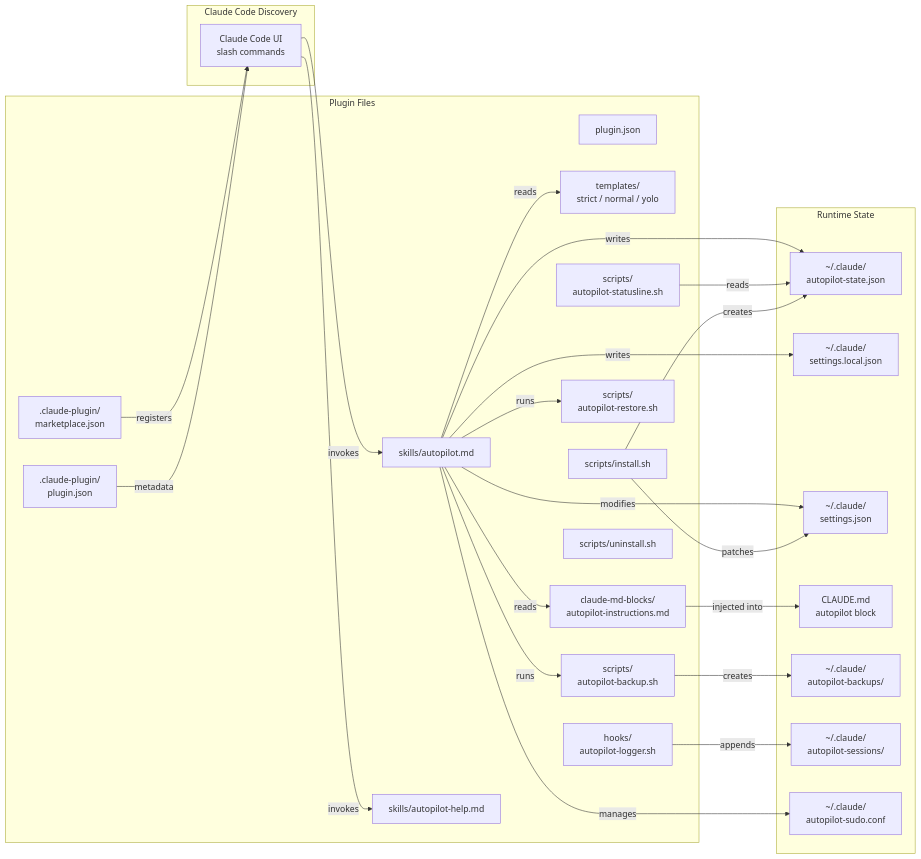
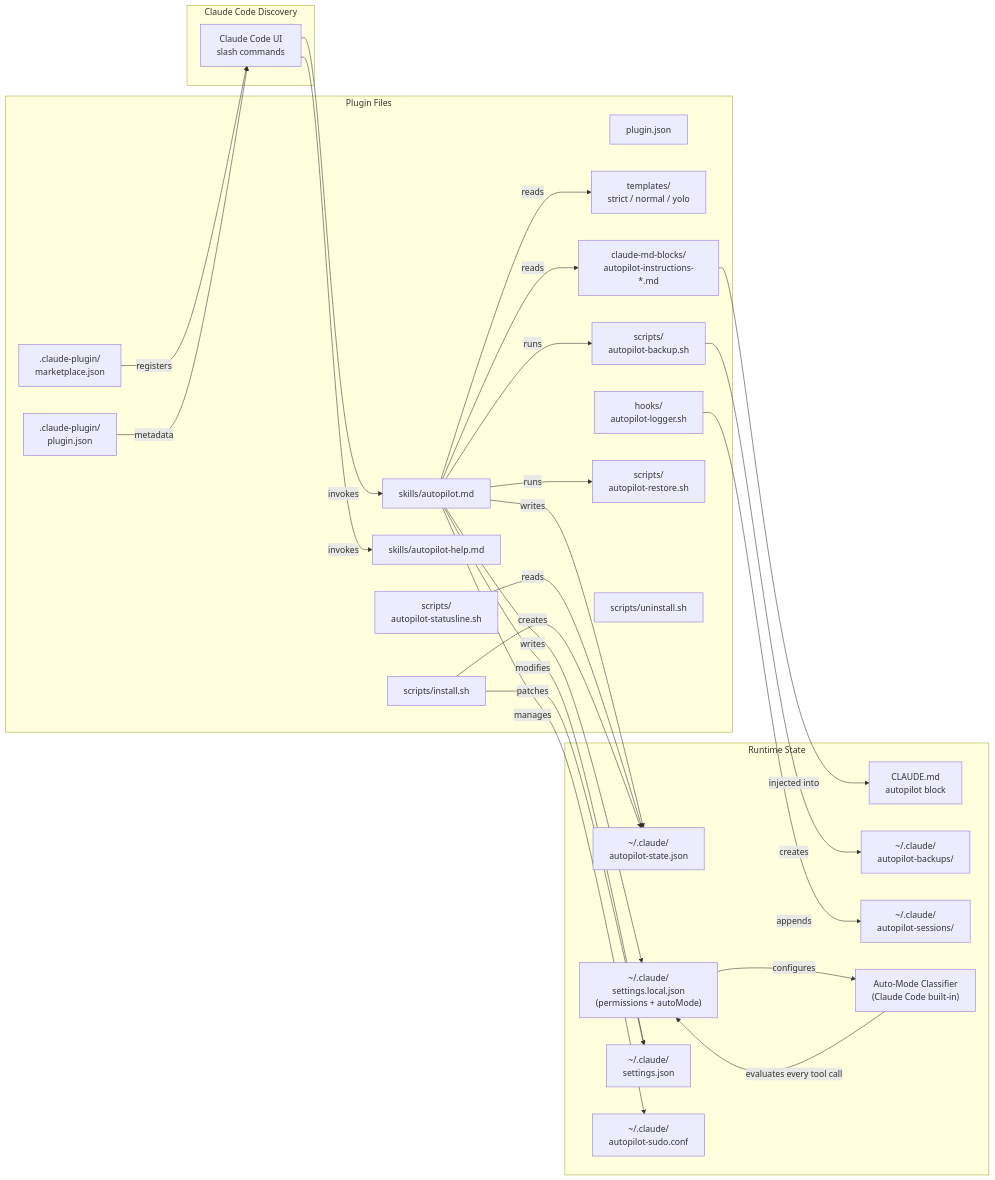
Before and after one commit to devjyoti786/autopilot-plugin: the second of 2 diagrams in README.md, drawn with Mermaid. The commit also changed other lines of this file, not shown here.

Commit message:
docs: update flowchart + safety table + add Auto-Mode Classifier section + arch diagram

````diff
--- a/README.md
+++ b/README.md
@@ -273,51 +342,54 @@
 ```mermaid
 graph LR
     subgraph Plugin["Plugin Files"]
         MP[".claude-plugin/<br/>marketplace.json"]
         MPJ[".claude-plugin/<br/>plugin.json"]
         PJ["plugin.json"]
         SK["skills/autopilot.md"]
         SH["skills/autopilot-help.md"]
         TM["templates/<br/>strict / normal / yolo"]
-        CB["claude-md-blocks/<br/>autopilot-instructions.md"]
+        CB["claude-md-blocks/<br/>autopilot-instructions-*.md"]
         LG["hooks/<br/>autopilot-logger.sh"]
         BK["scripts/<br/>autopilot-backup.sh"]
         RS["scripts/<br/>autopilot-restore.sh"]
         SL["scripts/<br/>autopilot-statusline.sh"]
         IN["scripts/install.sh"]
         UN["scripts/uninstall.sh"]
     end
 
     subgraph Discovery["Claude Code Discovery"]
         CC["Claude Code UI<br/>slash commands"]
     end
 
     subgraph Runtime["Runtime State"]
         ST["~/.claude/<br/>autopilot-state.json"]
-        SLC["~/.claude/<br/>settings.local.json"]
+        SLC["~/.claude/<br/>settings.local.json<br/>(permissions + autoMode)"]
         SJ["~/.claude/<br/>settings.json"]
         CMD["CLAUDE.md<br/>autopilot block"]
         BKD["~/.claude/<br/>autopilot-backups/"]
         LOG["~/.claude/<br/>autopilot-sessions/"]
         SUP["~/.claude/<br/>autopilot-sudo.conf"]
+        CLS["Auto-Mode Classifier<br/>(Claude Code built-in)"]
     end
 
     MP -- registers --> CC
     MPJ -- metadata --> CC
     CC -- invokes --> SK
     CC -- invokes --> SH
     SK -- reads --> TM
     SK -- reads --> CB
     CB -- injected into --> CMD
     SK -- writes --> SLC
     SK -- runs --> BK
     SK -- runs --> RS
     SK -- writes --> ST
     SK -- modifies --> SJ
     BK -- creates --> BKD
     LG -- appends --> LOG
     SL -- reads --> ST
     IN -- patches --> SJ
     IN -- creates --> ST
     SK -- manages --> SUP
+    SLC -- configures --> CLS
+    CLS -- evaluates every tool call --> SLC
 ```
````
